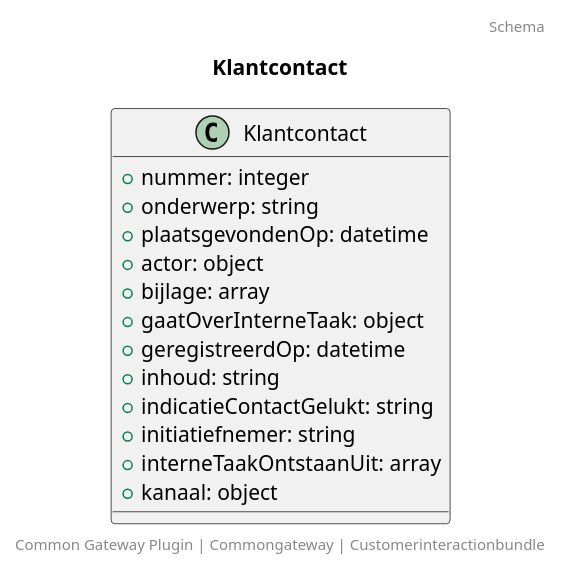
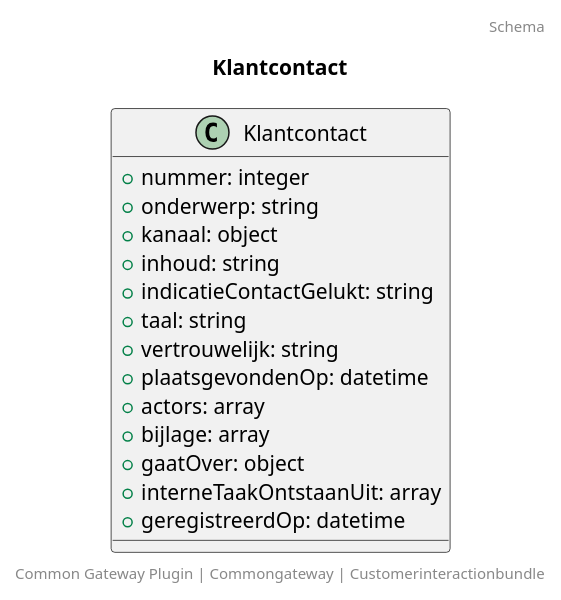
One commit to CommonGateway/CustomerInteractionBundle changed the diagram in docs/schema/klant.klantcontact.puml. Above: the diagram before and after it, drawn with PlantUML. The commit also changed 30 other files, not shown here.

```diff
--- a/docs/schema/klant.klantcontact.puml
+++ b/docs/schema/klant.klantcontact.puml
@@ -1,20 +1,21 @@
 @startuml
 title: Klantcontact
 footer: Common Gateway Plugin | Commongateway | Customerinteractionbundle 
 header: Schema
 
 class Klantcontact {
   + nummer: integer
   + onderwerp: string
-  + plaatsgevondenOp: datetime
-  + actor: object
-  + bijlage: array
-  + gaatOverInterneTaak: object
-  + geregistreerdOp: datetime
+  + kanaal: object
   + inhoud: string
   + indicatieContactGelukt: string
-  + initiatiefnemer: string
+  + taal: string
+  + vertrouwelijk: string
+  + plaatsgevondenOp: datetime
+  + actors: array
+  + bijlage: array
+  + gaatOver: object
   + interneTaakOntstaanUit: array
-  + kanaal: object
+  + geregistreerdOp: datetime
 }
 @enduml
```
